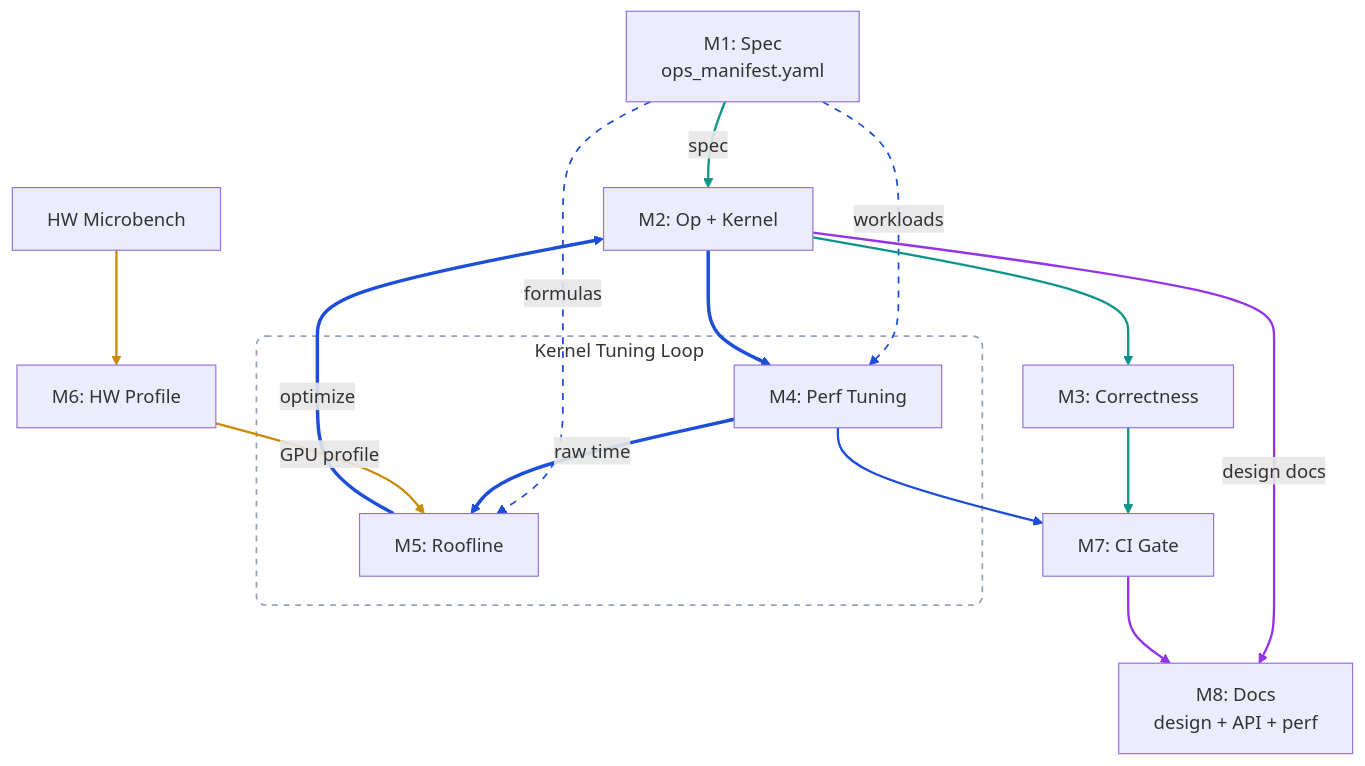
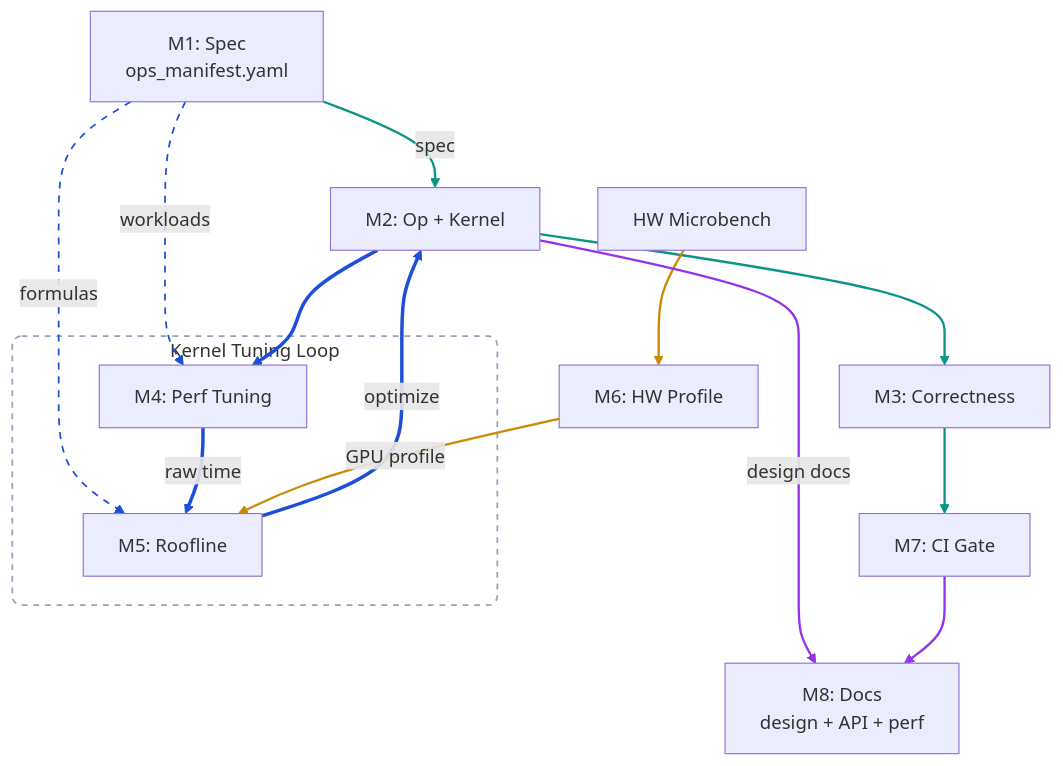
One commit to tile-ai/TileOPs changed the diagram in docs/architecture.md. Above: the diagram before and after it, drawn with Mermaid.

Commit message:
[Doc] Remove M4→M7 edge
Perf tuning loop is self-contained (M2→M4→M5→M2).
CI gate only receives correctness signal from M3.

````diff
--- a/docs/architecture.md
+++ b/docs/architecture.md
@@ -13,44 +13,42 @@
 ```mermaid
 graph TD
     M1["M1: Spec<br/>ops_manifest.yaml"]
     M2["M2: Op + Kernel"]
     M3["M3: Correctness"]
     M6["M6: HW Profile"]
     HW["HW Microbench"]
     M7["M7: CI Gate"]
     M8["M8: Docs<br/>design + API + perf"]
 
     subgraph loop ["Kernel Tuning Loop"]
         M4["M4: Perf Tuning"]
         M5["M5: Roofline"]
     end
 
     M1 -- "spec" --> M2
     M1 -- "workloads" --> M4
     M1 -- "formulas" --> M5
     M2 --> M3
 
     M2 --> M4
     M4 -- "raw time" --> M5
     M5 -- "optimize" --> M2
 
     HW --> M6
     M6 -- "GPU profile" --> M5
 
     M3 --> M7
-    M4 --> M7
 
     M2 -- "design docs" --> M8
     M7 --> M8
 
     style loop fill:none,stroke:#94a3b8,stroke-width:1.5px,stroke-dasharray:5,rx:8,ry:8
 
     linkStyle 0 stroke:#0d9488,stroke-width:2px
     linkStyle 1,2 stroke:#1d4ed8,stroke-width:1.5px,stroke-dasharray:6
     linkStyle 3 stroke:#0d9488,stroke-width:2px
     linkStyle 4,5,6 stroke:#1d4ed8,stroke-width:3px
     linkStyle 7,8 stroke:#ca8a04,stroke-width:2px
     linkStyle 9 stroke:#0d9488,stroke-width:2px
-    linkStyle 10 stroke:#1d4ed8,stroke-width:2px
-    linkStyle 11,12 stroke:#9333ea,stroke-width:2px
+    linkStyle 10,11 stroke:#9333ea,stroke-width:2px
 ```
````
